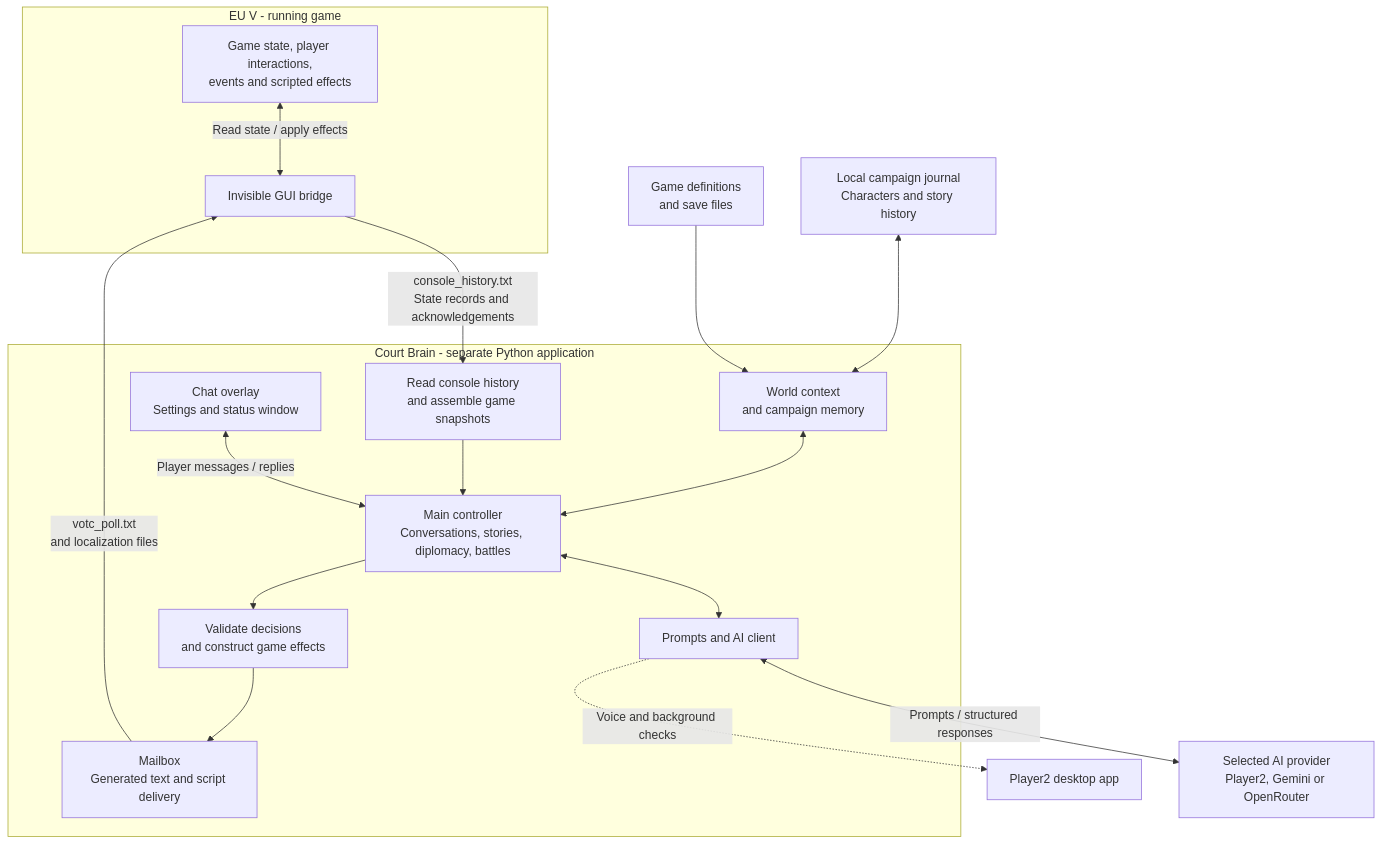
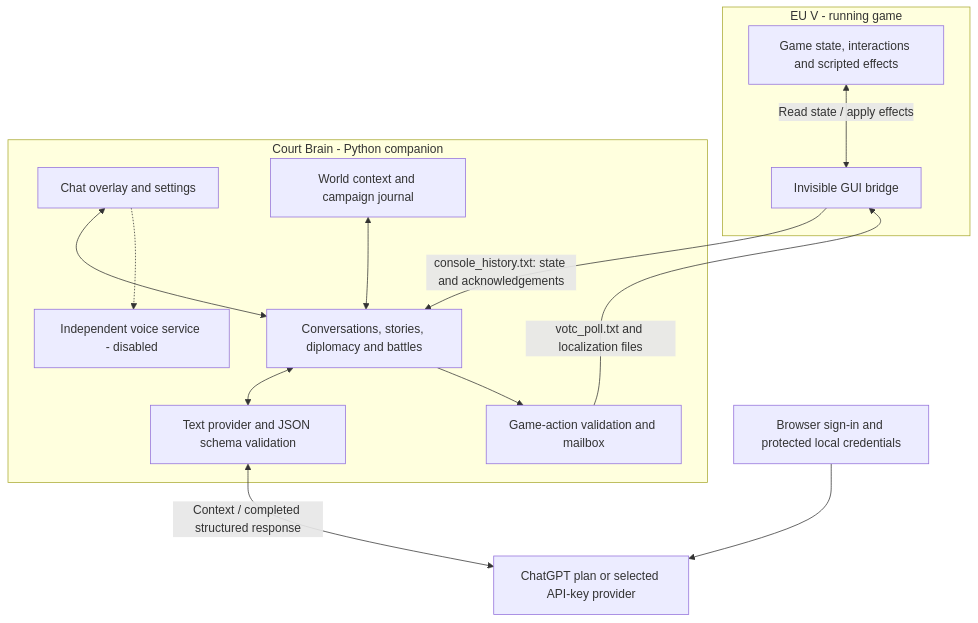
Before and after one commit to FloorIsGround/Whispers-in-the-Court: the diagram in README.md, drawn with Mermaid. The commit also changed other lines of this file and 38 other files, not shown here.

Commit message:
Add ChatGPT plan sign-in and remove Player2 dependency

````diff
--- a/README.md
+++ b/README.md
@@ -15,34 +13,25 @@
 ```mermaid
 flowchart TB
     subgraph EUV["EU V - running game"]
-        GAME["Game state, player interactions,<br/>events and scripted effects"]
+        GAME["Game state, interactions and scripted effects"]
         BRIDGE["Invisible GUI bridge"]
         GAME <-->|"Read state / apply effects"| BRIDGE
     end
-
-    subgraph CB["Court Brain - separate Python application"]
-        READ["Read console history<br/>and assemble game snapshots"]
-        CORE["Main controller<br/>Conversations, stories, diplomacy, battles"]
-        UI["Chat overlay<br/>Settings and status window"]
-        CONTEXT["World context<br/>and campaign memory"]
-        AI["Prompts and AI client"]
-        RULES["Validate decisions<br/>and construct game effects"]
-        MAIL["Mailbox<br/>Generated text and script delivery"]
-
-        READ --> CORE
-        UI <-->|"Player messages / replies"| CORE
-        CONTEXT <--> CORE
+    subgraph CB["Court Brain - Python companion"]
+        CORE["Conversations, stories, diplomacy and battles"]
+        UI["Chat overlay and settings"]
+        MEMORY["World context and campaign journal"]
+        AI["Text provider and JSON schema validation"]
+        RULES["Game-action validation and mailbox"]
+        VOICE["Independent voice service - disabled"]
+        UI <--> CORE
+        MEMORY <--> CORE
         CORE <--> AI
         CORE --> RULES
-        RULES --> MAIL
+        UI -.-> VOICE
     end
-
-    DATA["Game definitions<br/>and save files"] --> CONTEXT
-    DISK["Local campaign journal<br/>Characters and story history"] <--> CONTEXT
-
-    BRIDGE -->|"console_history.txt<br/>State records and acknowledgements"| READ
-    MAIL -->|"votc_poll.txt<br/>and localization files"| BRIDGE
-
-    AI <-->|"Prompts / structured responses"| PROVIDER["Selected AI provider<br/>Player2, Gemini or OpenRouter"]
-    AI -.->|"Voice and background checks"| P2["Player2 desktop app"]
+    BRIDGE -->|"console_history.txt: state and acknowledgements"| CORE
+    RULES -->|"votc_poll.txt and localization files"| BRIDGE
+    AI <-->|"Context / completed structured response"| PROVIDER["ChatGPT plan or selected API-key provider"]
+    AUTH["Browser sign-in and protected local credentials"] --> PROVIDER
 ```
````
